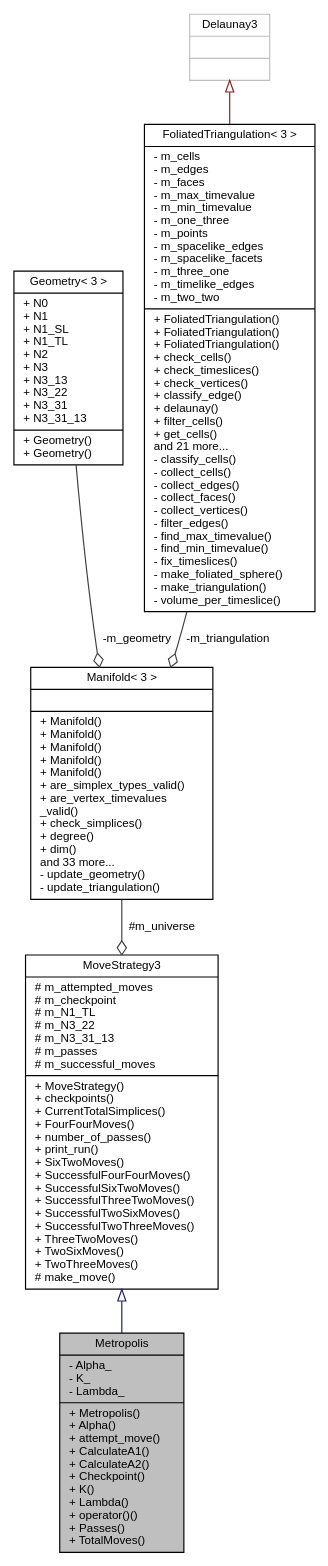
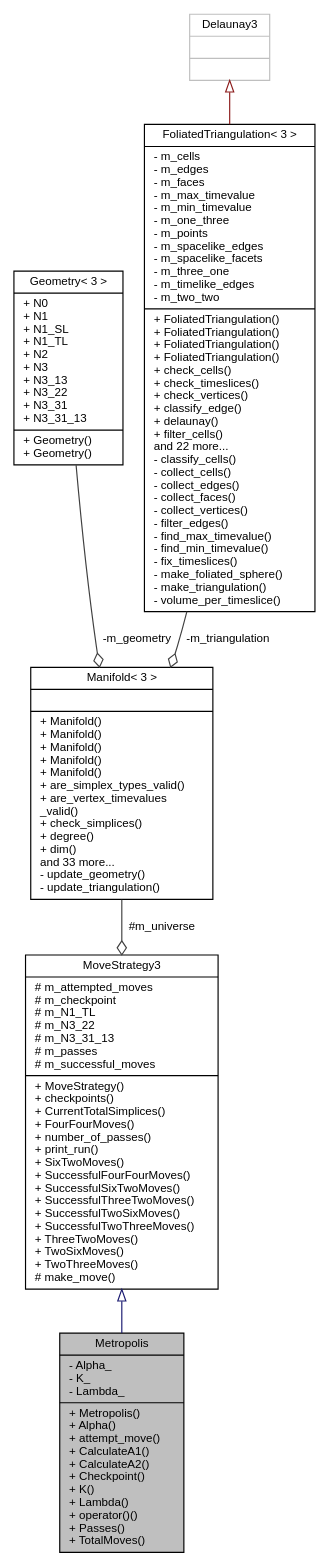
Before and after one commit to acgetchell/CDT-plusplus: the diagram in class_metropolis__coll__graph.dot, drawn with Graphviz. The commit also changed 182 other files, not shown here.

```diff
--- a/class_metropolis__coll__graph.dot
+++ b/class_metropolis__coll__graph.dot
@@ -1,17 +1,17 @@
 digraph "Metropolis"
 {
  // LATEX_PDF_SIZE
   edge [fontname="Helvetica",fontsize="10",labelfontname="Helvetica",labelfontsize="10"];
   node [fontname="Helvetica",fontsize="10",shape=record];
   Node1 [label="{Metropolis\n|- Alpha_\l- K_\l- Lambda_\l|+ Metropolis()\l+ Alpha()\l+ attempt_move()\l+ CalculateA1()\l+ CalculateA2()\l+ Checkpoint()\l+ K()\l+ Lambda()\l+ operator()()\l+ Passes()\l+ TotalMoves()\l}",height=0.2,width=0.4,color="black", fillcolor="grey75", style="filled", fontcolor="black",tooltip="Metropolis-Hastings algorithm function object."];
   Node2 -> Node1 [dir="back",color="midnightblue",fontsize="10",style="solid",arrowtail="onormal",fontname="Helvetica"];
   Node2 [label="{MoveStrategy3\n|# m_attempted_moves\l# m_checkpoint\l# m_N1_TL\l# m_N3_22\l# m_N3_31_13\l# m_passes\l# m_successful_moves\l|+ MoveStrategy()\l+ checkpoints()\l+ CurrentTotalSimplices()\l+ FourFourMoves()\l+ number_of_passes()\l+ print_run()\l+ SixTwoMoves()\l+ SuccessfulFourFourMoves()\l+ SuccessfulSixTwoMoves()\l+ SuccessfulThreeTwoMoves()\l+ SuccessfulTwoSixMoves()\l+ SuccessfulTwoThreeMoves()\l+ ThreeTwoMoves()\l+ TwoSixMoves()\l+ TwoThreeMoves()\l# make_move()\l}",height=0.2,width=0.4,color="black", fillcolor="white", style="filled",URL="$class_move_strategy_3_013_01_4.html",tooltip=" "];
   Node3 -> Node2 [color="grey25",fontsize="10",style="solid",label=" #m_universe" ,arrowhead="odiamond",fontname="Helvetica"];
   Node3 [label="{Manifold\< 3 \>\n||+ Manifold()\l+ Manifold()\l+ Manifold()\l+ Manifold()\l+ Manifold()\l+ are_simplex_types_valid()\l+ are_vertex_timevalues\l_valid()\l+ check_simplices()\l+ degree()\l+ dim()\land 33 more...\l- update_geometry()\l- update_triangulation()\l}",height=0.2,width=0.4,color="black", fillcolor="white", style="filled",URL="$class_manifold_3_013_01_4.html",tooltip="3D Manifold"];
   Node4 -> Node3 [color="grey25",fontsize="10",style="solid",label=" -m_geometry" ,arrowhead="odiamond",fontname="Helvetica"];
   Node4 [label="{Geometry\< 3 \>\n|+ N0\l+ N1\l+ N1_SL\l+ N1_TL\l+ N2\l+ N3\l+ N3_13\l+ N3_22\l+ N3_31\l+ N3_31_13\l|+ Geometry()\l+ Geometry()\l}",height=0.2,width=0.4,color="black", fillcolor="white", style="filled",URL="$struct_geometry_3_013_01_4.html",tooltip="3D Geometry"];
   Node5 -> Node3 [color="grey25",fontsize="10",style="solid",label=" -m_triangulation" ,arrowhead="odiamond",fontname="Helvetica"];
-  Node5 [label="{FoliatedTriangulation\< 3 \>\n|- m_cells\l- m_edges\l- m_faces\l- m_max_timevalue\l- m_min_timevalue\l- m_one_three\l- m_points\l- m_spacelike_edges\l- m_spacelike_facets\l- m_three_one\l- m_timelike_edges\l- m_two_two\l|+ FoliatedTriangulation()\l+ FoliatedTriangulation()\l+ FoliatedTriangulation()\l+ check_cells()\l+ check_timeslices()\l+ check_vertices()\l+ classify_edge()\l+ delaunay()\l+ filter_cells()\l+ get_cells()\land 21 more...\l- classify_cells()\l- collect_cells()\l- collect_edges()\l- collect_faces()\l- collect_vertices()\l- filter_edges()\l- find_max_timevalue()\l- find_min_timevalue()\l- fix_timeslices()\l- make_foliated_sphere()\l- make_triangulation()\l- volume_per_timeslice()\l}",height=0.2,width=0.4,color="black", fillcolor="white", style="filled",URL="$class_foliated_triangulation_3_013_01_4.html",tooltip="3D Triangulation"];
+  Node5 [label="{FoliatedTriangulation\< 3 \>\n|- m_cells\l- m_edges\l- m_faces\l- m_max_timevalue\l- m_min_timevalue\l- m_one_three\l- m_points\l- m_spacelike_edges\l- m_spacelike_facets\l- m_three_one\l- m_timelike_edges\l- m_two_two\l|+ FoliatedTriangulation()\l+ FoliatedTriangulation()\l+ FoliatedTriangulation()\l+ FoliatedTriangulation()\l+ check_cells()\l+ check_timeslices()\l+ check_vertices()\l+ classify_edge()\l+ delaunay()\l+ filter_cells()\land 22 more...\l- classify_cells()\l- collect_cells()\l- collect_edges()\l- collect_faces()\l- collect_vertices()\l- filter_edges()\l- find_max_timevalue()\l- find_min_timevalue()\l- fix_timeslices()\l- make_foliated_sphere()\l- make_triangulation()\l- volume_per_timeslice()\l}",height=0.2,width=0.4,color="black", fillcolor="white", style="filled",URL="$class_foliated_triangulation_3_013_01_4.html",tooltip="3D Triangulation"];
   Node6 -> Node5 [dir="back",color="firebrick4",fontsize="10",style="solid",arrowtail="onormal",fontname="Helvetica"];
   Node6 [label="{Delaunay3\n||}",height=0.2,width=0.4,color="grey75", fillcolor="white", style="filled",tooltip=" "];
 }
```
